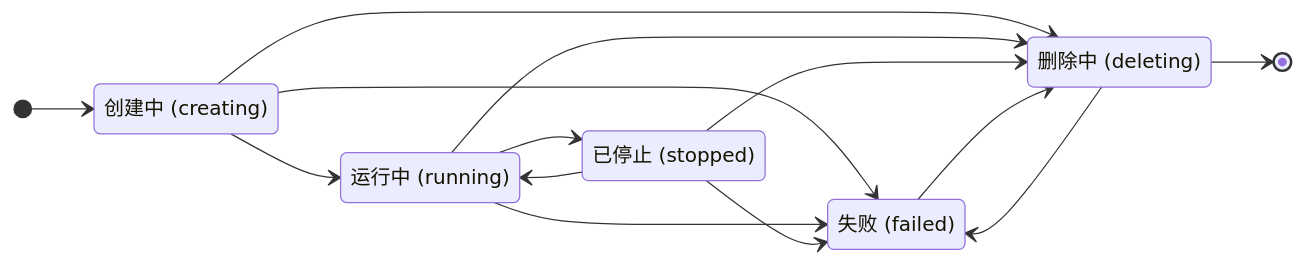
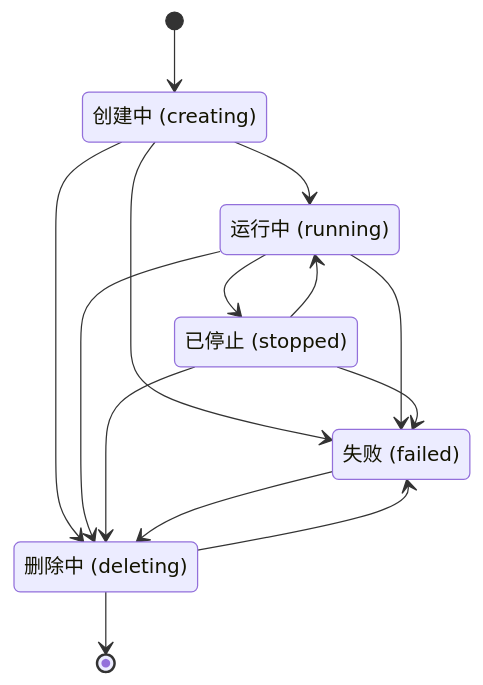
Before and after one commit to ExplodingDragon/gitea-dev: the first of 6 diagrams in src/state-machine.md, drawn with Mermaid. The commit also changed other lines of this file and 6 other files, not shown here.

````diff
--- a/src/state-machine.md
+++ b/src/state-machine.md
@@ -37,24 +37,24 @@
 ```mermaid
 stateDiagram-v2
-    direction LR
+    direction TB
 
     creating: 创建中 (creating)
     running: 运行中 (running)
     stopped: 已停止 (stopped)
     deleting: 删除中 (deleting)
     failed: 失败 (failed)
 
     [*] --> creating
     creating --> running
     creating --> failed
     running --> stopped
     running --> failed
     stopped --> running
     stopped --> failed
     creating --> deleting
     running --> deleting
     stopped --> deleting
     failed --> deleting
     deleting --> [*]
     deleting --> failed
 ```
````
